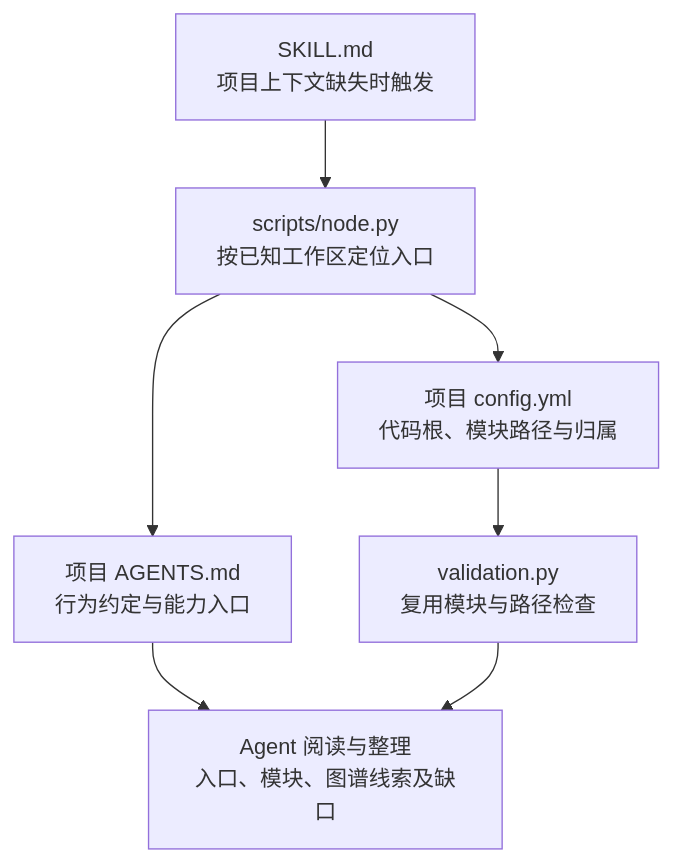
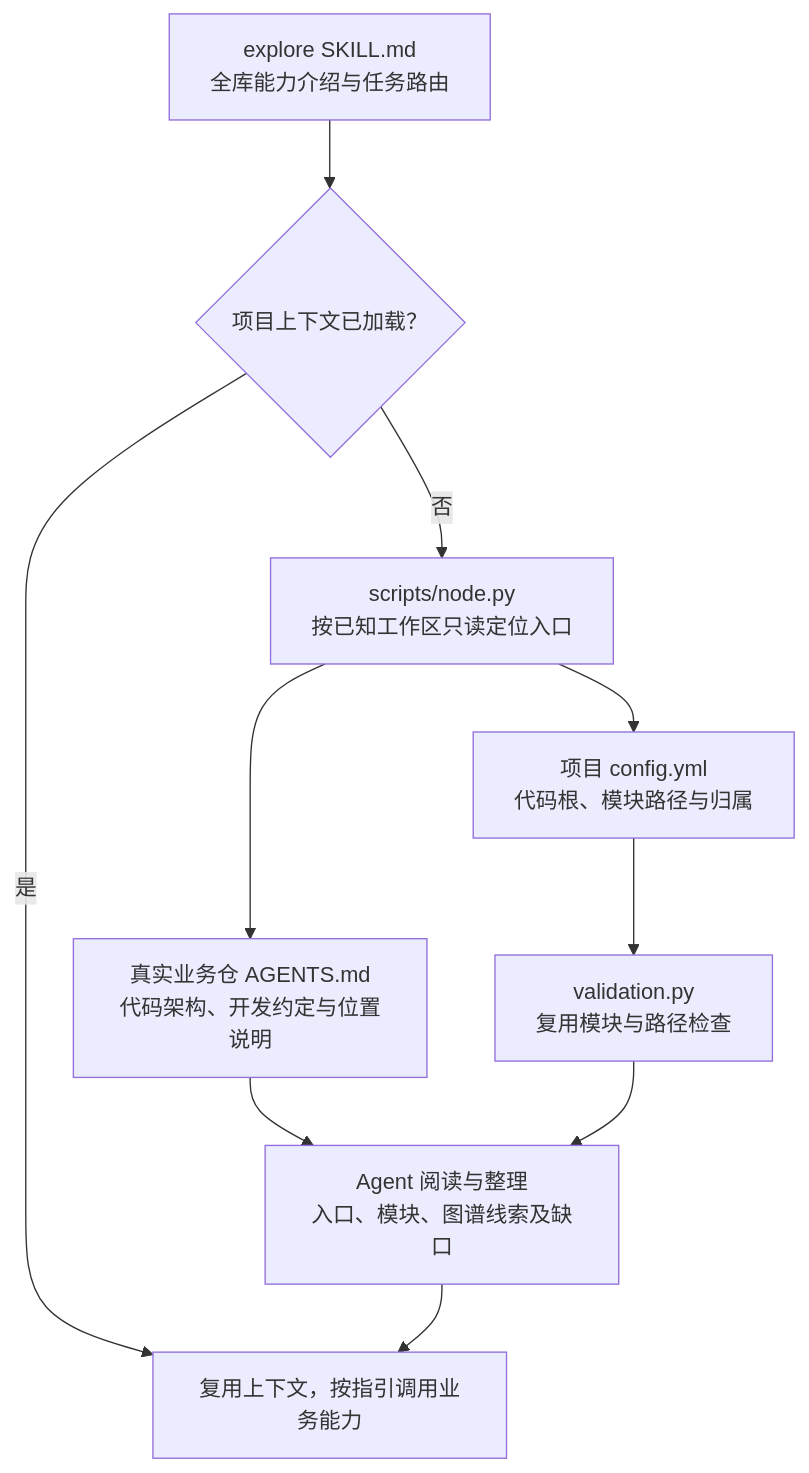
Diagram 11 of 26 in himate-knowledge-wifi-mp/docs-llm-wiki/知识库详细设计.md (Robin-hhc/FactumCore), drawn with Mermaid before and after one commit. The commit also changed other lines of this file and 15 other files, not shown here.

````diff
--- a/himate-knowledge-wifi-mp/docs-llm-wiki/知识库详细设计.md
+++ b/himate-knowledge-wifi-mp/docs-llm-wiki/知识库详细设计.md
@@ -423,9 +424,12 @@
 ```mermaid
 flowchart TD
-    SKILL["SKILL.md<br/>项目上下文缺失时触发"] --> NODE["scripts/node.py<br/>按已知工作区定位入口"]
-    NODE --> AGENTS["项目 AGENTS.md<br/>行为约定与能力入口"]
+    SKILL["explore SKILL.md<br/>全库能力介绍与任务路由"] --> KNOWN{"项目上下文已加载？"}
+    KNOWN -->|是| USE["复用上下文，按指引调用业务能力"]
+    KNOWN -->|否| NODE["scripts/node.py<br/>按已知工作区只读定位入口"]
+    NODE --> AGENTS["真实业务仓 AGENTS.md<br/>代码架构、开发约定与位置说明"]
     NODE --> CONFIG["项目 config.yml<br/>代码根、模块路径与归属"]
     CONFIG --> MAP["validation.py<br/>复用模块与路径检查"]
     AGENTS --> AGENT["Agent 阅读与整理<br/>入口、模块、图谱线索及缺口"]
     MAP --> AGENT
+    AGENT --> USE
 ```
````
